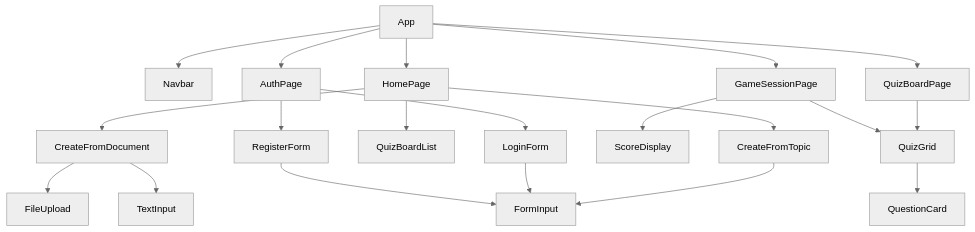
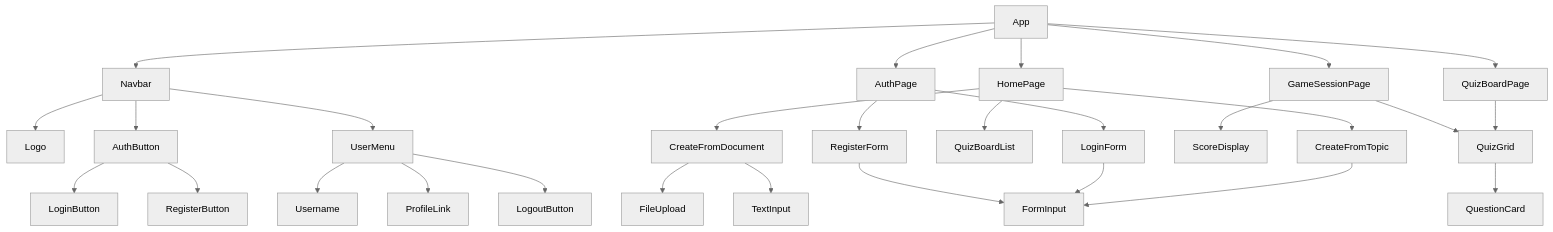
One commit to mental1337/jeopardyze changed the third of 4 diagrams in docs/project_design_doc.md. Above: the diagram before and after it, drawn with Mermaid (neutral theme). The commit also changed other lines of this file and 1 other file, not shown here.

````diff
--- a/docs/project_design_doc.md
+++ b/docs/project_design_doc.md
@@ -183,27 +183,38 @@
 ```mermaid
 graph TD
     App --> Navbar
     App --> HomePage
     App --> QuizBoardPage
     App --> GameSessionPage
     App --> AuthPage
+    
+    Navbar --> Logo
+    Navbar --> AuthButton
+    Navbar --> UserMenu
+    
+    AuthButton --> LoginButton
+    AuthButton --> RegisterButton
+    
+    UserMenu --> Username
+    UserMenu --> ProfileLink
+    UserMenu --> LogoutButton
     
     HomePage --> CreateFromTopic
     HomePage --> CreateFromDocument
     HomePage --> QuizBoardList
     
     CreateFromTopic --> FormInput
     CreateFromDocument --> FileUpload
     CreateFromDocument --> TextInput
     
     QuizBoardPage --> QuizGrid
     QuizGrid --> QuestionCard
     
     GameSessionPage --> ScoreDisplay
     GameSessionPage --> QuizGrid
     
     AuthPage --> LoginForm
     AuthPage --> RegisterForm
     LoginForm --> FormInput
     RegisterForm --> FormInput
 ```
````
